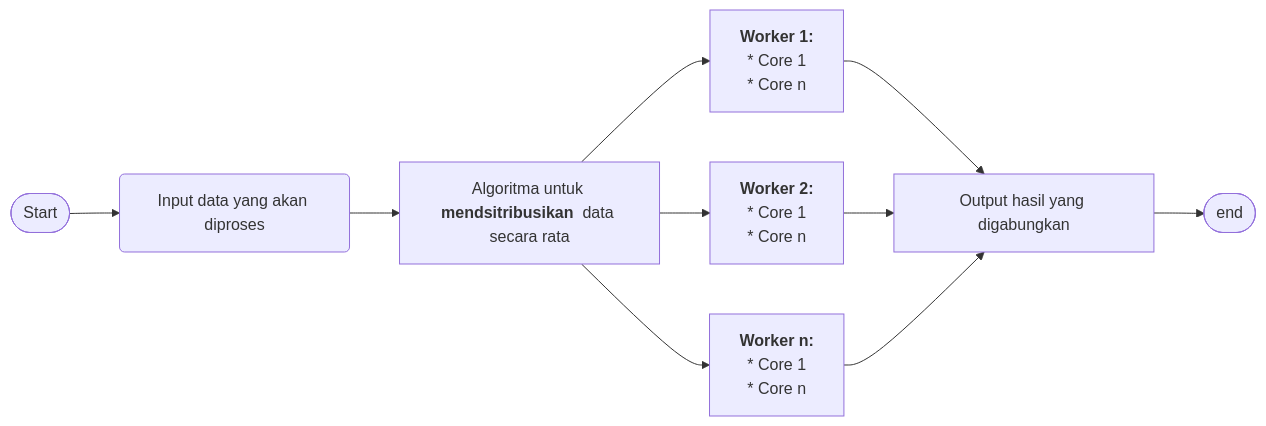
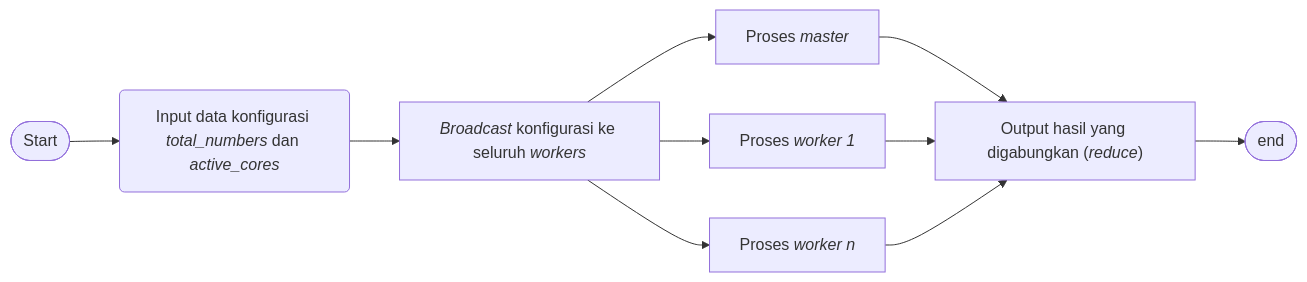
One commit to AminBadani/Final-Project-Komputasi-Paralel-Terdistribusi changed the diagram in README.md. Above: the diagram before and after it, drawn with Mermaid. The commit also changed other lines of this file, not shown here.

````diff
--- a/README.md
+++ b/README.md
@@ -10,15 +10,9 @@
 ```mermaid
 flowchart LR
-  A([Start]) --> B(Input data yang akan diproses)
-  B --> C["`Algoritma untuk **mendsitribusikan**  data secara rata`"] 
+  A([Start]) --> B("`Input data konfigurasi *total_numbers* dan *active_cores*`")
+  B --> C["`*Broadcast* konfigurasi ke seluruh *workers*`"] 
   C --> 
-    D["`**Worker 1:** 
-    * Core 1
-    * Core n`"] & E["`**Worker 2:** 
-    * Core 1
-    * Core n`"] & F["`**Worker n:** 
-    * Core 1
-    * Core n`"]
-  D & E & F --> G[Output hasil yang digabungkan] 
+    D["`Proses *master*`"] & E["`Proses *worker 1*`"] & F["`Proses *worker n*`"]
+  D & E & F --> G["`Output hasil yang digabungkan (*reduce*)`"] 
   G --> Z([end])
 ```
````
